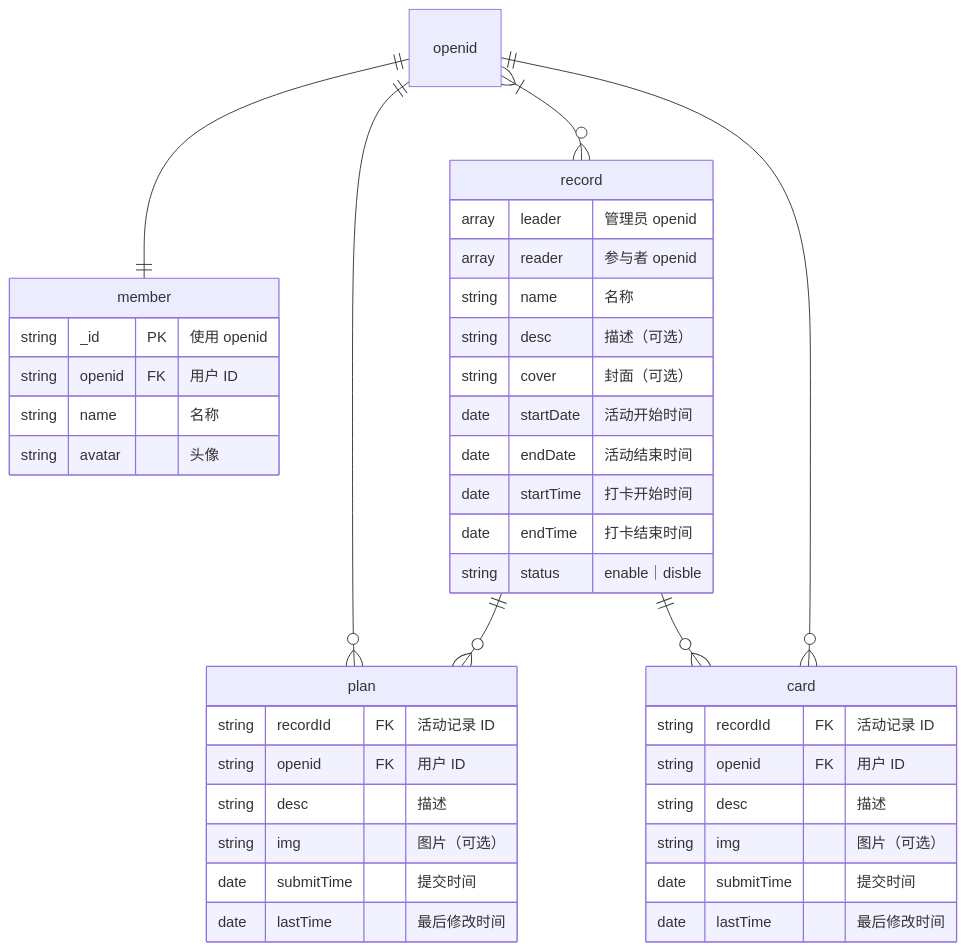
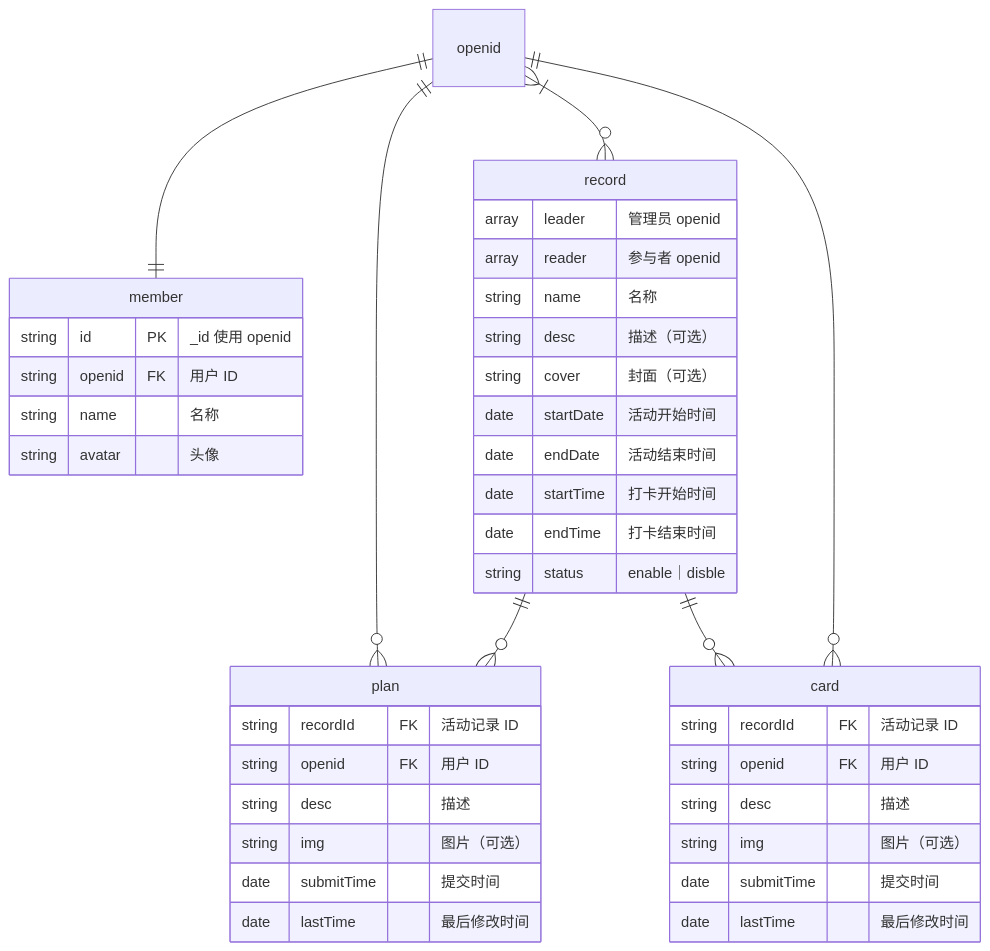
The diagram in doc/开发文档.md (liang-n/juan-card), drawn with Mermaid before and after one commit.

Commit message:
修复ER图

````diff
--- a/doc/开发文档.md
+++ b/doc/开发文档.md
@@ -24,44 +24,44 @@
 ```mermaid
 erDiagram
   openid ||--|| member : ""
   openid }|--o{ record : ""
   openid ||--o{ plan : ""
   record ||--o{ plan : ""
   record ||--o{ card : ""
   openid ||--o{ card : ""
 
   member {
-    string _id PK "使用 openid"
+    string id PK "_id 使用 openid"
     string openid FK "用户 ID"
     string name "名称"
     string avatar "头像"
   }
   record {
     array leader "管理员 openid"
     array reader "参与者 openid"
     string name "名称"
     string desc "描述（可选）"
     string cover "封面（可选）"
     date startDate "活动开始时间"
     date endDate "活动结束时间"
     date startTime "打卡开始时间"
     date endTime "打卡结束时间"
     string status "enable｜disble"
  }
   plan {
     string recordId FK "活动记录 ID"
     string openid FK "用户 ID"
     string desc "描述"
     string img "图片（可选）"
     date submitTime "提交时间"
     date lastTime "最后修改时间"
   }
   card {
     string recordId FK "活动记录 ID"
     string openid FK "用户 ID"
     string desc "描述"
     string img "图片（可选）"
     date submitTime "提交时间"
     date lastTime "最后修改时间"
   }
 ```
````
